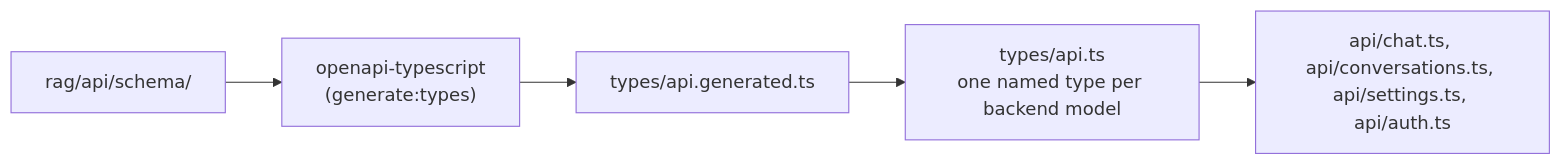
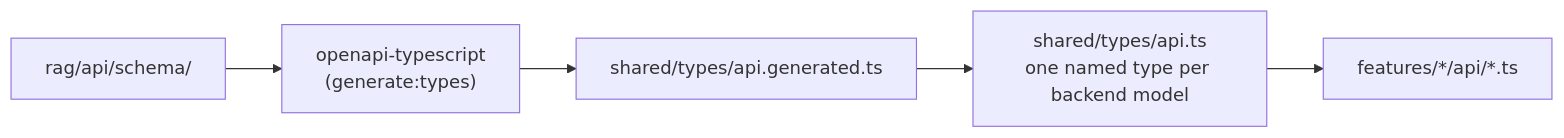
The diagram in docs/enforcement.md (hadifar/rag), drawn with Mermaid before and after one commit. The commit also changed other lines of this file and 119 other files, not shown here.

````diff
--- a/docs/enforcement.md
+++ b/docs/enforcement.md
@@ -85,10 +93,10 @@
 ```mermaid
 graph LR
     schema["rag/api/schema/"]
     genscript["openapi-typescript<br/>(generate:types)"]
-    generated[types/api.generated.ts]
-    idx["types/api.ts<br/>one named type per backend model"]
-    apiclient[api/chat.ts, api/conversations.ts, api/settings.ts, api/auth.ts]
+    generated[shared/types/api.generated.ts]
+    idx["shared/types/api.ts<br/>one named type per backend model"]
+    apiclient["features/*/api/*.ts"]
 
     schema --> genscript --> generated --> idx --> apiclient
 ```
````
